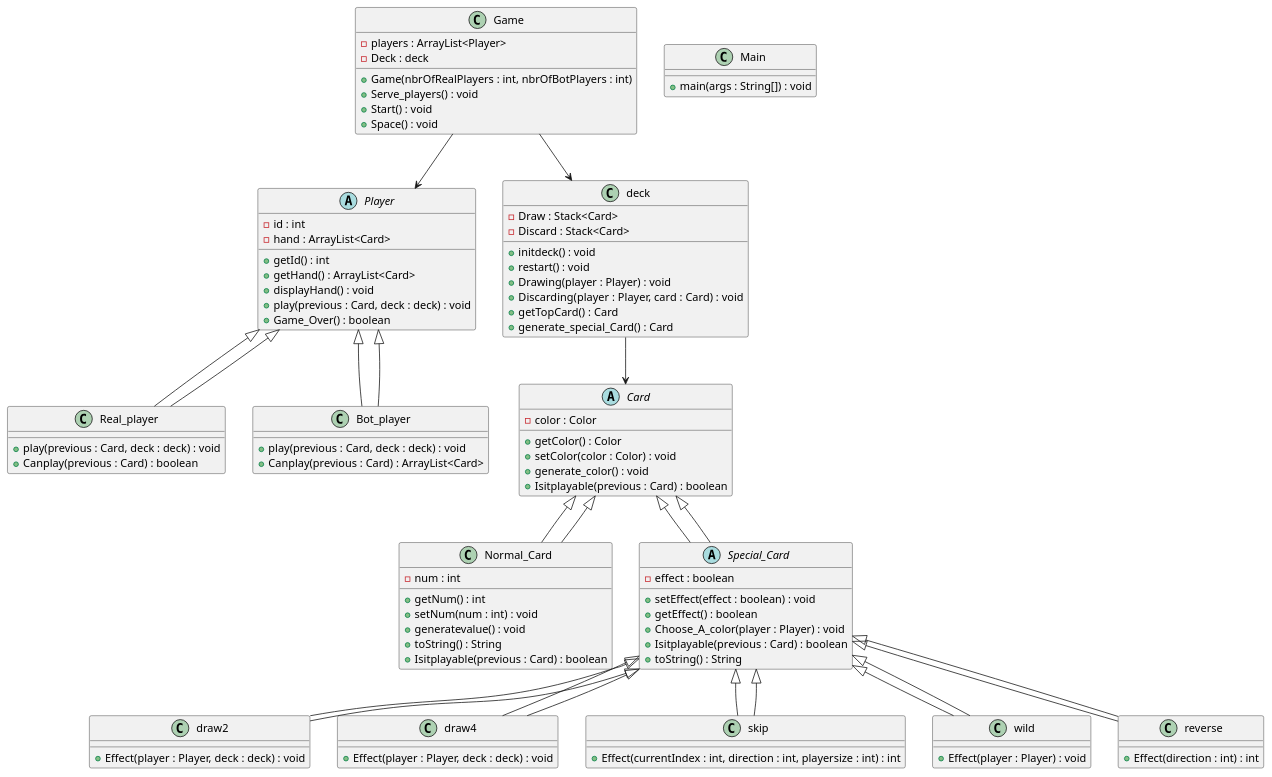
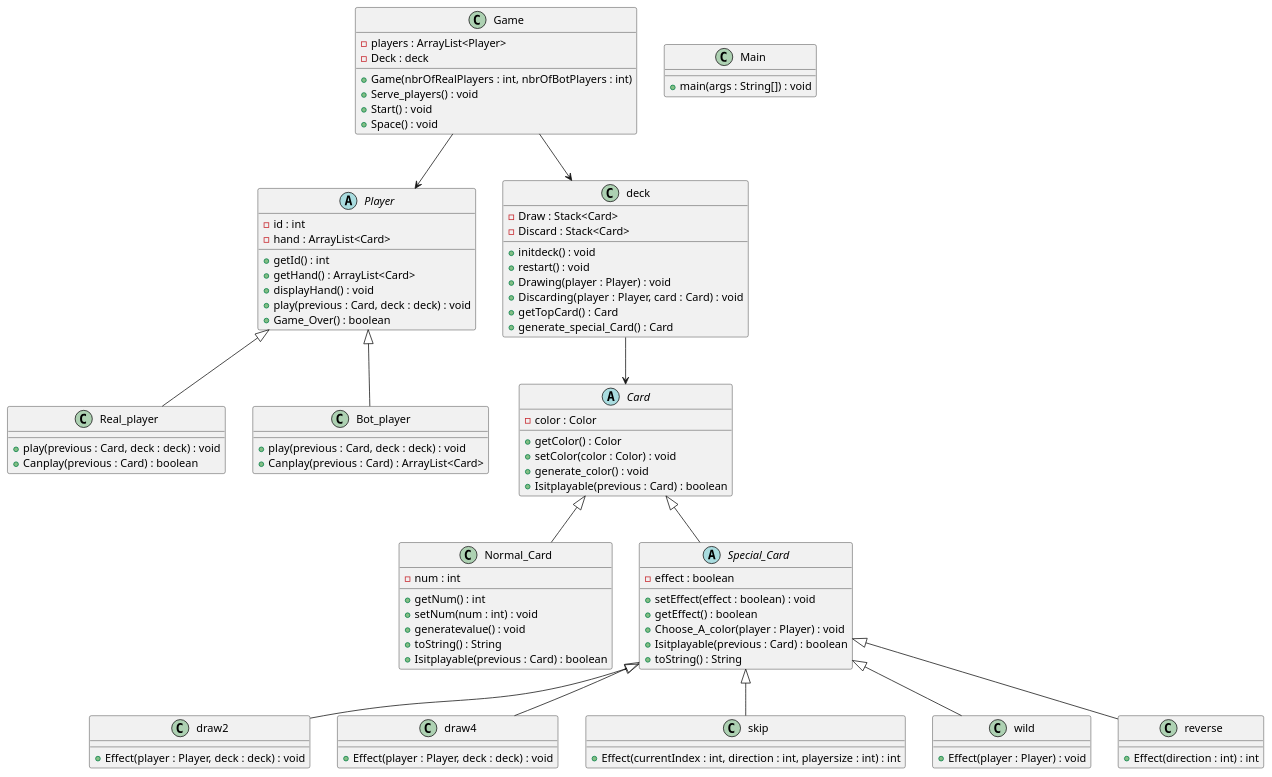
Before and after one commit to nisbenz/Uno_Game: the diagram in plantuml_export.puml, drawn with PlantUML. The commit also changed 9 other files, not shown here.

Commit message:
redifining isitplayable method for the special cards

```diff
--- a/plantuml_export.puml
+++ b/plantuml_export.puml
@@ -1,120 +1,111 @@
 @startuml
 '-----------------------
 ' Card hierarchy
 '-----------------------
 
 abstract class Card {
     - color : Color
     + getColor() : Color
     + setColor(color : Color) : void
     + generate_color() : void
     + Isitplayable(previous : Card) : boolean
 }
 
 class Normal_Card extends Card {
     - num : int
     + getNum() : int
     + setNum(num : int) : void
     + generatevalue() : void
     + toString() : String
     + Isitplayable(previous : Card) : boolean
 }
 
 abstract class Special_Card extends Card {
     - effect : boolean
     + setEffect(effect : boolean) : void
     + getEffect() : boolean
     + Choose_A_color(player : Player) : void
     + Isitplayable(previous : Card) : boolean
     + toString() : String
 }
 
 class draw2 extends Special_Card {
     + Effect(player : Player, deck : deck) : void
 }
 
 class draw4 extends Special_Card {
     + Effect(player : Player, deck : deck) : void
 }
 
 class skip extends Special_Card {
     + Effect(currentIndex : int, direction : int, playersize : int) : int
 }
 
 class wild extends Special_Card {
     + Effect(player : Player) : void
 }
 
 class reverse extends Special_Card {
     + Effect(direction : int) : int
 }
 
-' Inheritance arrows for special cards
-Card <|-- Normal_Card
-Card <|-- Special_Card
-Special_Card <|-- draw2
-Special_Card <|-- draw4
-Special_Card <|-- skip
-Special_Card <|-- wild
-Special_Card <|-- reverse
 
 '-----------------------
 ' Player hierarchy
 '-----------------------
 
 abstract class Player {
     - id : int
     - hand : ArrayList<Card>
     + getId() : int
     + getHand() : ArrayList<Card>
     + displayHand() : void
     + play(previous : Card, deck : deck) : void
     + Game_Over() : boolean
 }
 
 class Real_player extends Player {
     + play(previous : Card, deck : deck) : void
     + Canplay(previous : Card) : boolean
 }
 
 class Bot_player extends Player {
     + play(previous : Card, deck : deck) : void
     + Canplay(previous : Card) : ArrayList<Card>
 }
 
-Player <|-- Real_player
-Player <|-- Bot_player
+
 
 '-----------------------
 ' Other Classes
 '-----------------------
 
 class deck {
     - Draw : Stack<Card>
     - Discard : Stack<Card>
     + initdeck() : void
     + restart() : void
     + Drawing(player : Player) : void
     + Discarding(player : Player, card : Card) : void
     + getTopCard() : Card
     + generate_special_Card() : Card
 }
 
 class Game {
     - players : ArrayList<Player>
     - Deck : deck
     + Game(nbrOfRealPlayers : int, nbrOfBotPlayers : int)
     + Serve_players() : void
     + Start() : void
     + Space() : void
 }
 
 class Main {
     + main(args : String[]) : void
 }
 
 Game --> deck
 Game --> Player
 deck --> Card
 
 @enduml
```
